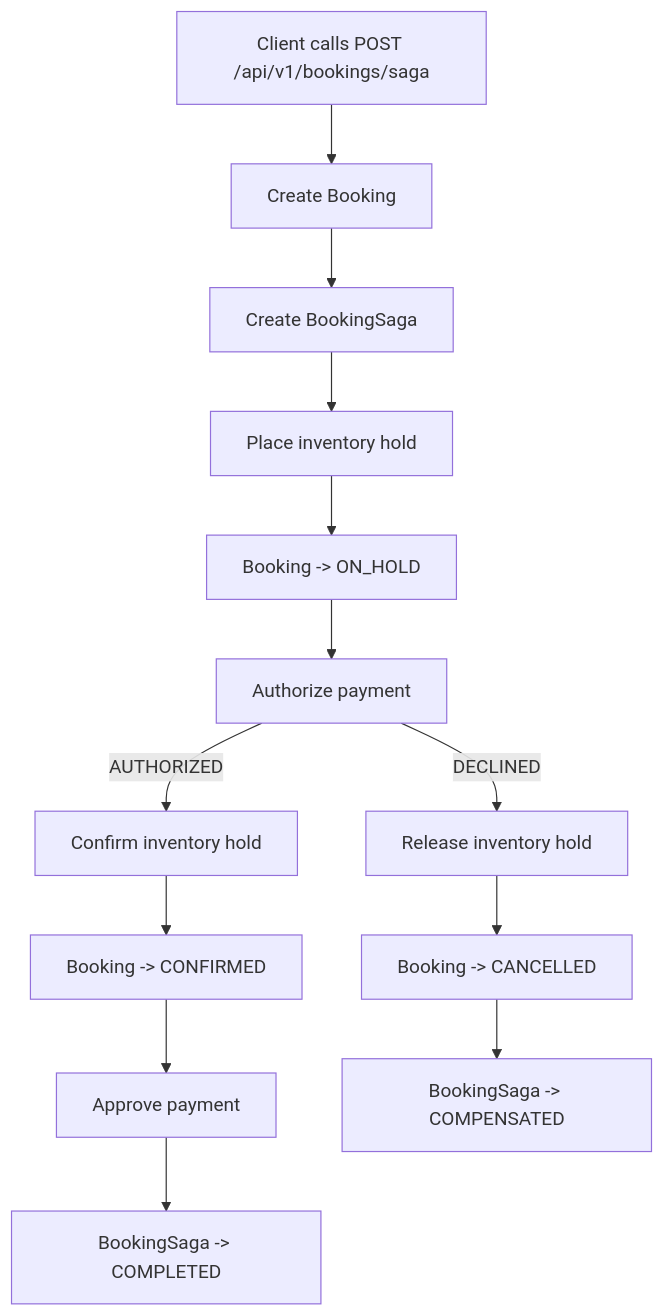
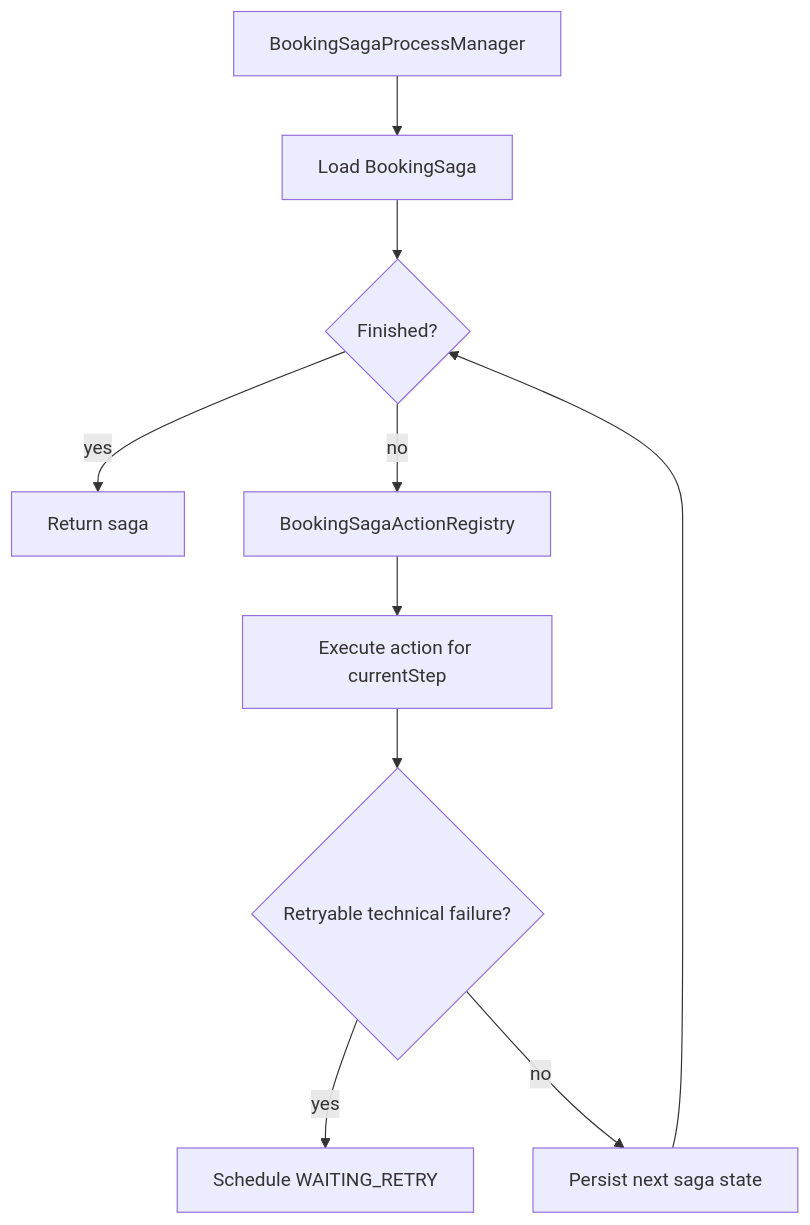
Before and after one commit to VolkovIO/hotelbooking: the first of 6 diagrams in docs/booking-saga.md, drawn with Mermaid. The commit also changed other lines of this file and 4 other files, not shown here.

Commit message:
docs(booking): document Spring Statemachine saga prototype

````diff
--- a/docs/booking-saga.md
+++ b/docs/booking-saga.md
@@ -46,15 +70,12 @@
 ```mermaid
 flowchart TD
-    A[Client calls POST /api/v1/bookings/saga] --> B[Create Booking]
-    B --> C[Create BookingSaga]
-    C --> D[Place inventory hold]
-    D --> E[Booking -> ON_HOLD]
-    E --> F[Authorize payment]
-    F -->|AUTHORIZED| G[Confirm inventory hold]
-    F -->|DECLINED| X[Release inventory hold]
-    G --> H[Booking -> CONFIRMED]
-    H --> I[Approve payment]
-    I --> J[BookingSaga -> COMPLETED]
-    X --> Y[Booking -> CANCELLED]
-    Y --> Z[BookingSaga -> COMPENSATED]
+    A[BookingSagaProcessManager] --> B[Load BookingSaga]
+    B --> C{Finished?}
+    C -- yes --> Z[Return saga]
+    C -- no --> D[BookingSagaActionRegistry]
+    D --> E[Execute action for currentStep]
+    E --> F{Retryable technical failure?}
+    F -- yes --> G[Schedule WAITING_RETRY]
+    F -- no --> H[Persist next saga state]
+    H --> C
 ```
````
